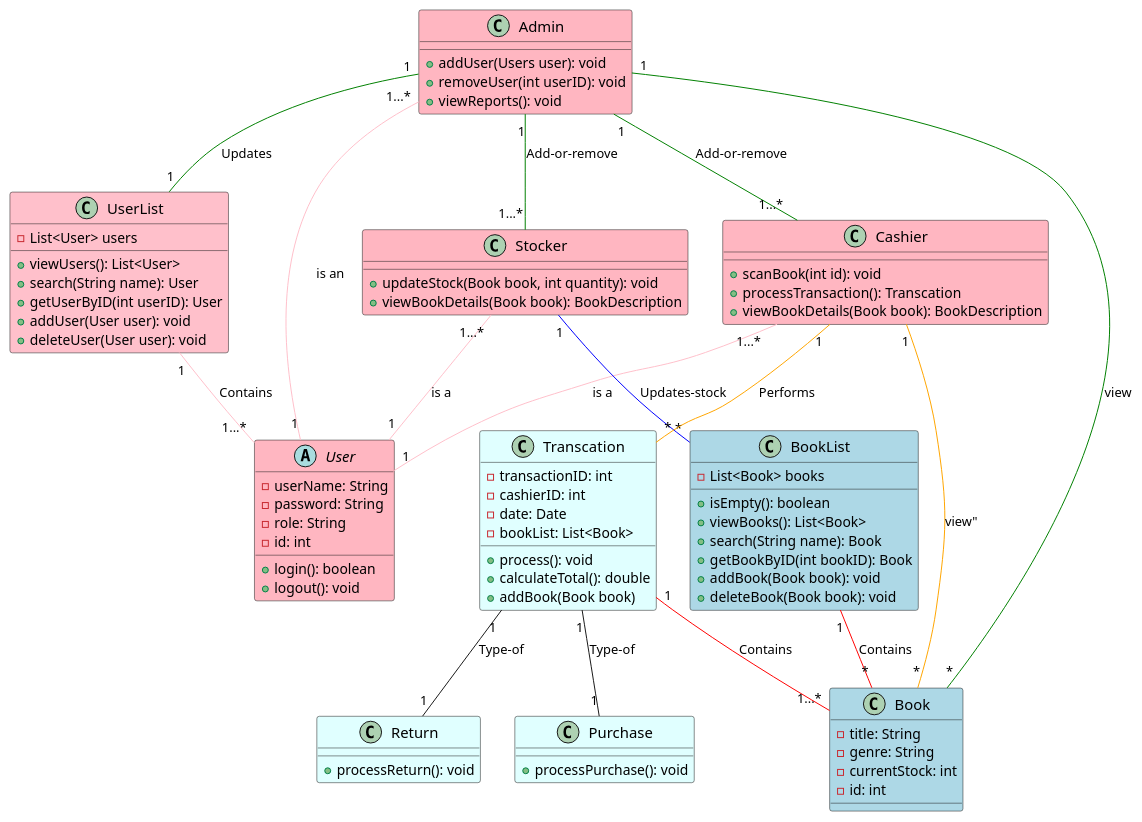
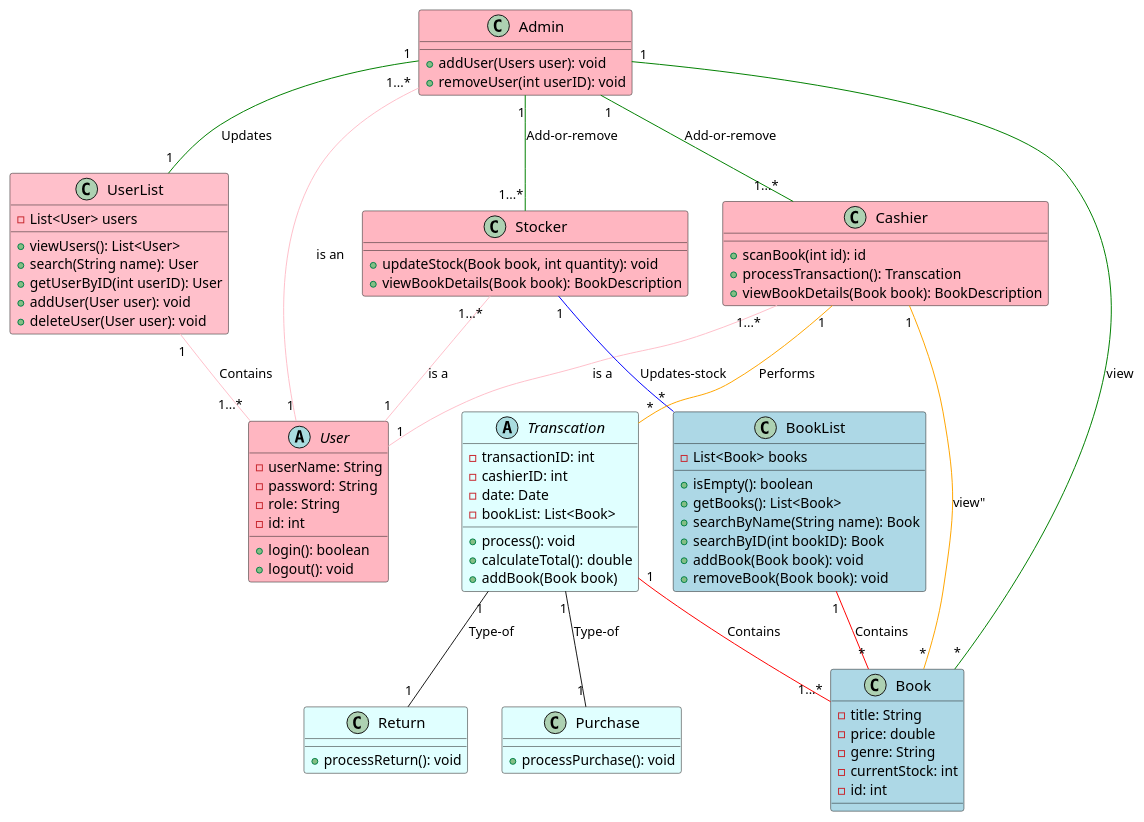
The diagram in diagrams/class_diagram.puml (HabibaMekay/Bookstore-Management-System), drawn with PlantUML before and after one commit. The commit also changed 13 other files, not shown here.

```diff
--- a/diagrams/class_diagram.puml
+++ b/diagrams/class_diagram.puml
@@ -1,98 +1,98 @@
 @startuml
 
 abstract class User #LightPink{
 -userName: String
 -password: String
 -role: String
 -id: int
 
 +login(): boolean
 +logout(): void
 }
 
 class Cashier #LightPink{
-+scanBook(int id): void
++scanBook(int id): id
 +processTransaction(): Transcation
 +viewBookDetails(Book book): BookDescription
 }
 
 class Stocker #LightPink{
 +updateStock(Book book, int quantity): void
 +viewBookDetails(Book book): BookDescription
 }
 
 class Admin #LightPink{
 +addUser(Users user): void
 +removeUser(int userID): void
-+viewReports(): void
 }
 
 class UserList #Pink  {
 -List<User> users
 +viewUsers(): List<User>
 +search(String name): User
 +getUserByID(int userID): User
 +addUser(User user): void
 +deleteUser(User user): void
 }
 
 class BookList #LightBlue  {
 -List<Book> books
 +isEmpty(): boolean
-+viewBooks(): List<Book>
-+search(String name): Book
-+getBookByID(int bookID): Book
++getBooks(): List<Book>
++searchByName(String name): Book
++searchByID(int bookID): Book
 +addBook(Book book): void
-+deleteBook(Book book): void
++removeBook(Book book): void
 }
 
 class Book #LightBlue   {
 -title: String
+-price: double
 -genre: String
 -currentStock: int
 -id: int
 }
 
-class Transcation #LightCyan{
+abstract class Transcation #LightCyan{
 -transactionID: int
 -cashierID: int
 -date: Date
 -bookList: List<Book>
 +process(): void
 +calculateTotal(): double
 +addBook(Book book)
 }
 
 class Purchase #LightCyan{
  +processPurchase(): void
 }
 
 class Return #LightCyan{
 +processReturn(): void
 }
 
 
 Cashier "1...*" -- "1" User #pink:"is a"
 Stocker "1...*" -- "1" User #pink:"is a"
 Admin "1...*" -- "1" User  #pink:"is an"
 UserList "1" -- "1...*" User #pink:"Contains"
 
 Stocker "1" -- "*" BookList #blue:"Updates-stock"
 Admin "1" -- "1...*" Cashier #green : "Add-or-remove"
 Admin "1" -- "1...*" Stocker #green: "Add-or-remove"
 Admin "1" -- "1" UserList #green: "Updates"
 Cashier "1" -- "*" Transcation #orange: "Performs"
 Admin "1" -- "*" Book #green: "view"
 Cashier"1" -- "*" Book #orange: "view""
 BookList "1" -- "*" Book #red: "Contains"
 Transcation "1" -- "1...*" Book #red: "Contains"
 Transcation"1" -- "1" Purchase : "Type-of"
 Transcation"1" -- "1" Return : "Type-of"
 
 
 skinparam class {
 FontName Times New Roman
 FontSize 15
  }
 
 @enduml
```
